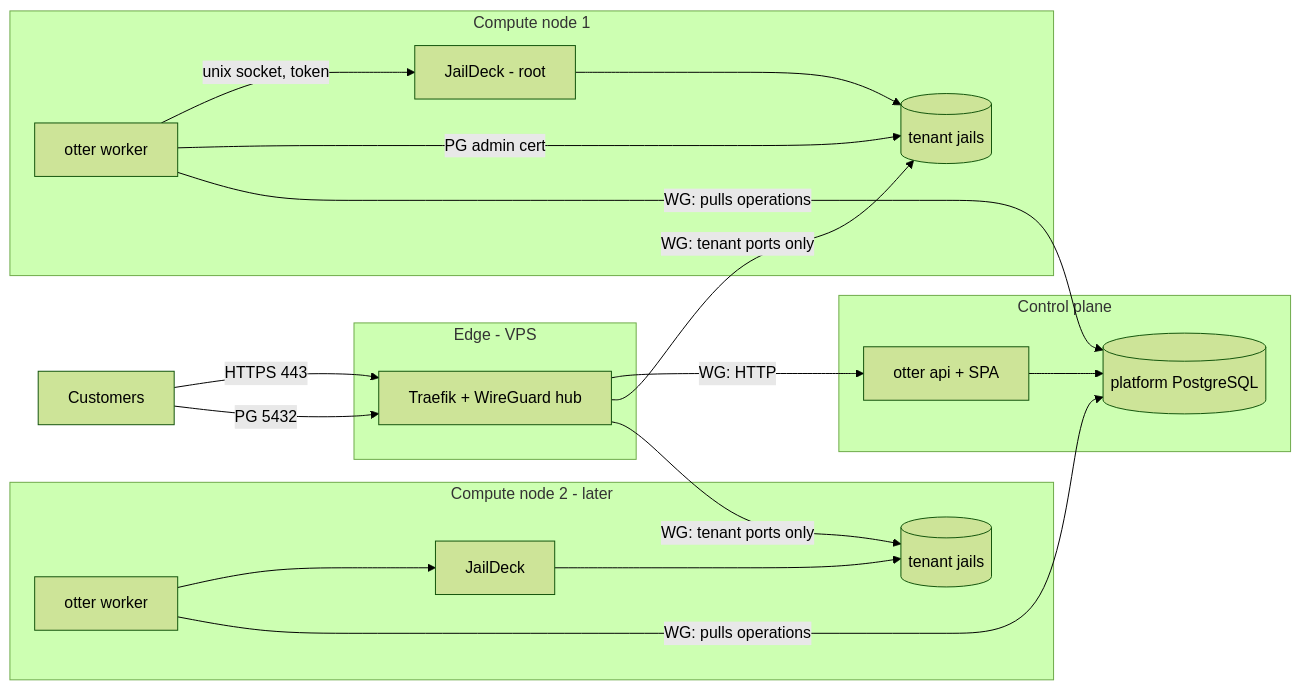
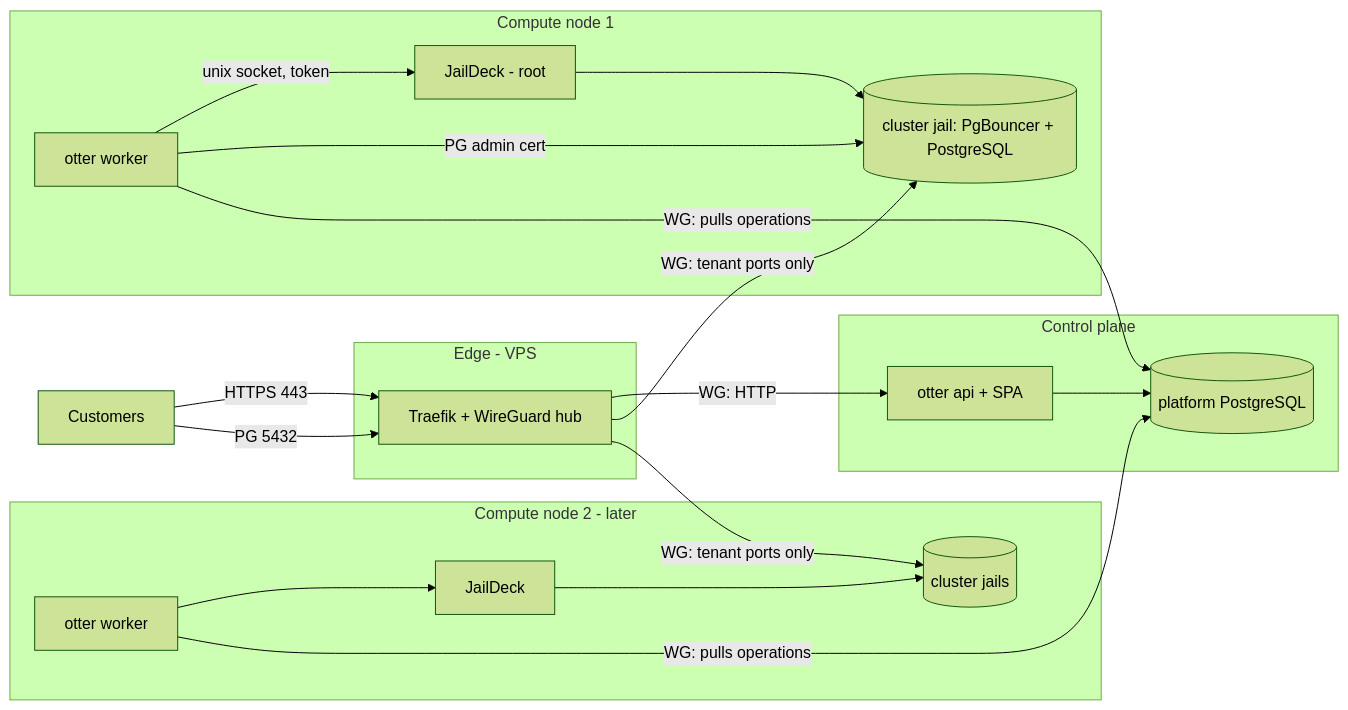
Before and after one commit to ottermq/otter_cloud: the first of 2 diagrams in docs/architecture.md, drawn with Mermaid (forest theme). The commit also changed other lines of this file and 8 other files, not shown here.

First line of the commit message:
docs: switch to shared PostgreSQL clusters

````diff
--- a/docs/architecture.md
+++ b/docs/architecture.md
@@ -32,26 +37,26 @@
 ```mermaid
 flowchart LR
     C[Customers] -->|HTTPS 443| T
     C -->|PG 5432| T
     subgraph Edge[Edge - VPS]
         T[Traefik + WireGuard hub]
     end
     subgraph CP[Control plane]
         API[otter api + SPA]
         PDB[(platform PostgreSQL)]
         API --> PDB
     end
     subgraph N1[Compute node 1]
         W1[otter worker] -->|unix socket, token| JD1[JailDeck - root]
-        JD1 --> J1[(tenant jails)]
+        JD1 --> J1[(cluster jail: PgBouncer + PostgreSQL)]
         W1 -->|PG admin cert| J1
     end
     subgraph N2[Compute node 2 - later]
         W2[otter worker] --> JD2[JailDeck]
-        JD2 --> J2[(tenant jails)]
+        JD2 --> J2[(cluster jails)]
     end
     T -->|WG: HTTP| API
     T -->|WG: tenant ports only| J1 & J2
     W1 -->|WG: pulls operations| PDB
     W2 -->|WG: pulls operations| PDB
 ```
````
